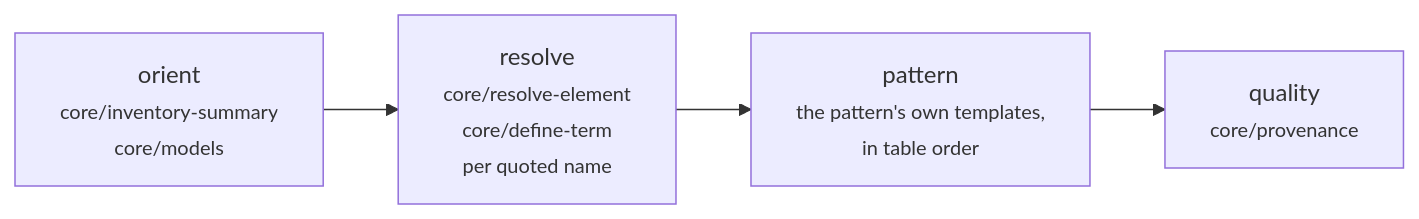
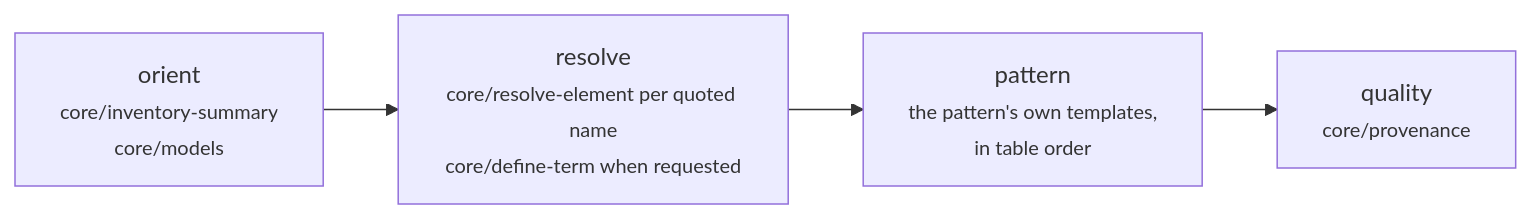
One commit to linked-archi/linked-archi-apm changed the second of 3 diagrams in docs/skills/analyse.md. Above: the diagram before and after it, drawn with Mermaid. The commit also changed other lines of this file and 23 other files, not shown here.

````diff
--- a/docs/skills/analyse.md
+++ b/docs/skills/analyse.md
@@ -68,6 +70,6 @@
 ```mermaid
 flowchart LR
-  O["orient<br/><small>core/inventory-summary<br/>core/models</small>"] --> R["resolve<br/><small>core/resolve-element<br/>core/define-term<br/>per quoted name</small>"]
+  O["orient<br/><small>core/inventory-summary<br/>core/models</small>"] --> R["resolve<br/><small>core/resolve-element per quoted name<br/>core/define-term when requested</small>"]
   R --> P["pattern<br/><small>the pattern's own templates,<br/>in table order</small>"]
   P --> Q["quality<br/><small>core/provenance</small>"]
 ```
````
